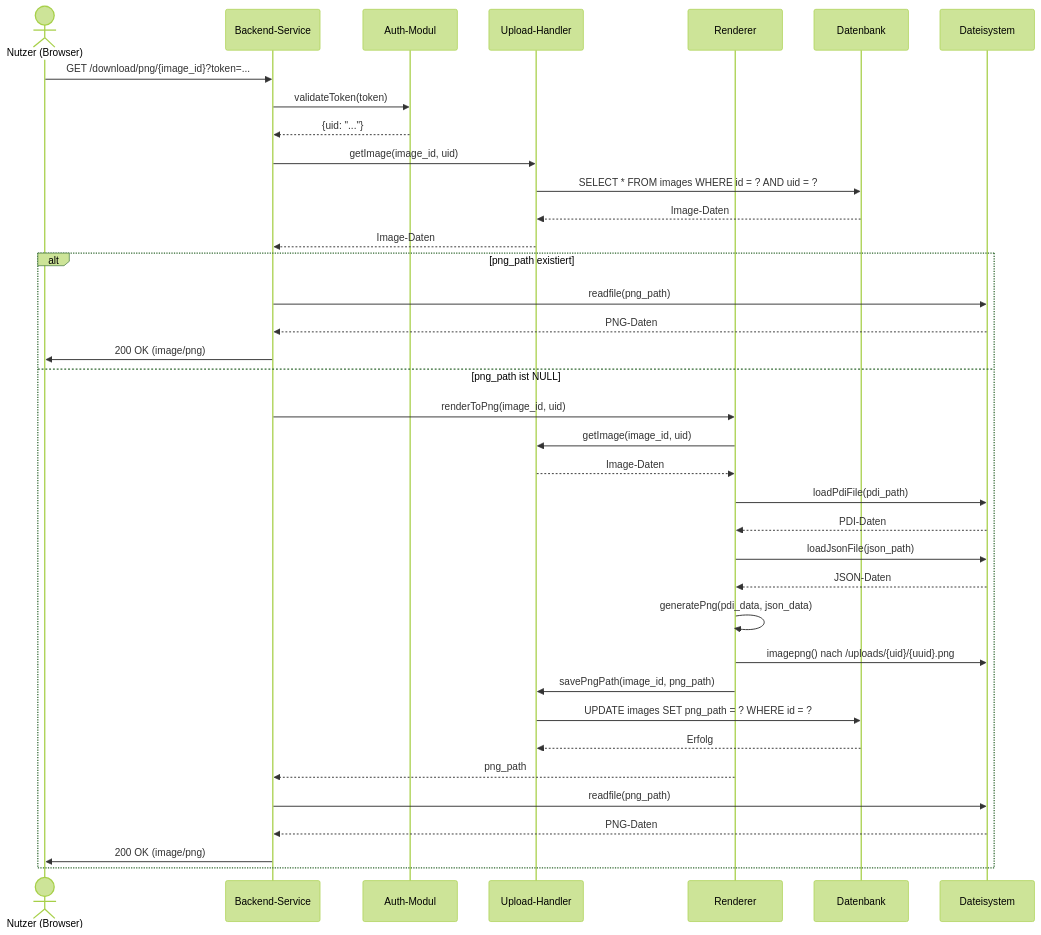
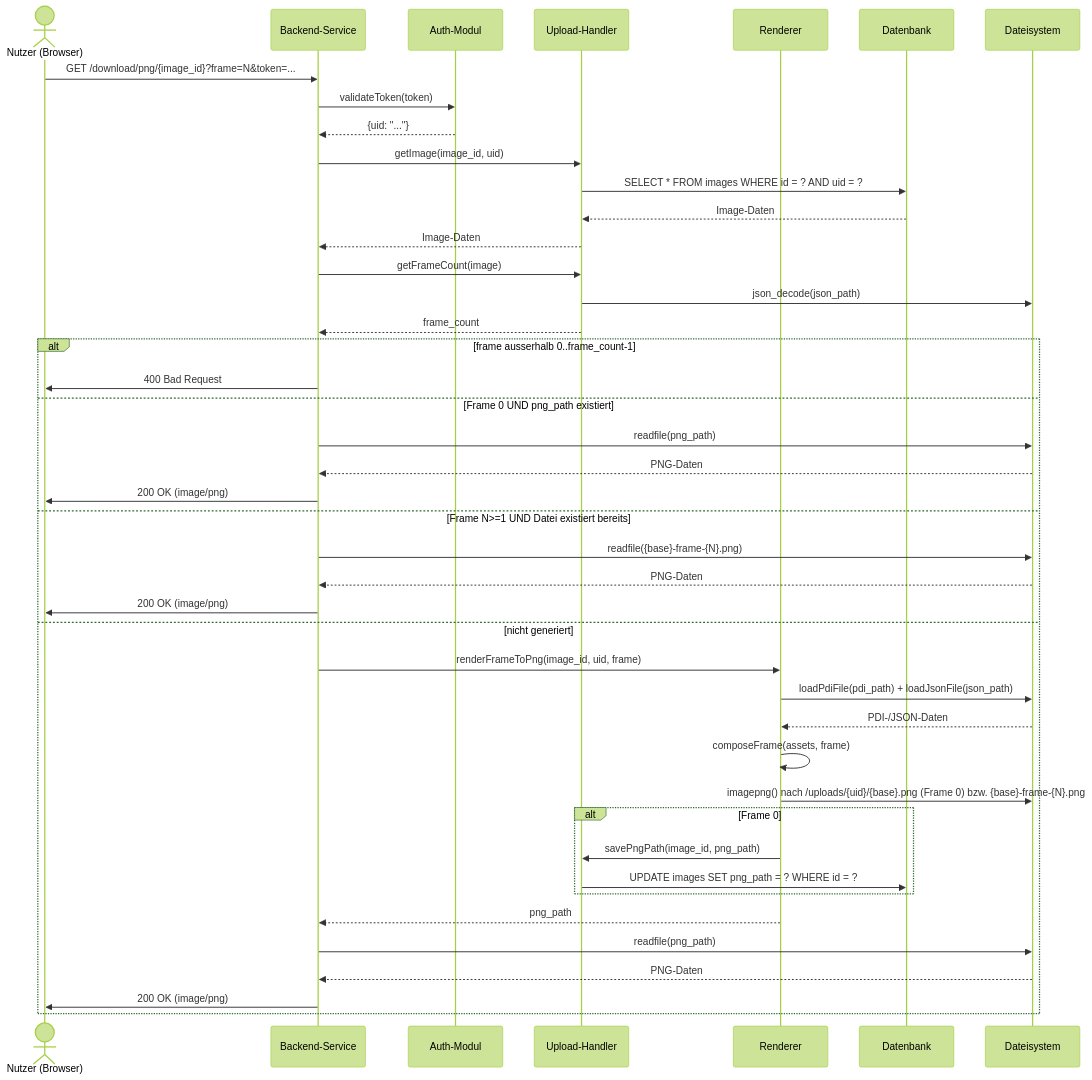
The seventh of 9 diagrams in arc42/06-laufzeitsicht.md (merlinbecker/HansDither), drawn with Mermaid (forest theme) before and after one commit. The commit also changed other lines of this file and 27 other files, not shown here.

````diff
--- a/arc42/06-laufzeitsicht.md
+++ b/arc42/06-laufzeitsicht.md
@@ -268,40 +268,46 @@
 ```mermaid
 sequenceDiagram
     actor U as Nutzer (Browser)
     participant B as Backend-Service
     participant A as Auth-Modul
     participant UH as Upload-Handler
     participant R as Renderer
     participant D as Datenbank
     participant F as Dateisystem
 
-    U->>B: GET /download/png/{image_id}?token=...
+    U->>B: GET /download/png/{image_id}?frame=N&token=...
     B->>A: validateToken(token)
     A-->>B: {uid: "..."}
     B->>UH: getImage(image_id, uid)
     UH->>D: SELECT * FROM images WHERE id = ? AND uid = ?
     D-->>UH: Image-Daten
     UH-->>B: Image-Daten
-    alt png_path existiert
+    B->>UH: getFrameCount(image)
+    UH->>F: json_decode(json_path)
+    UH-->>B: frame_count
+    alt frame ausserhalb 0..frame_count-1
+        B->>U: 400 Bad Request
+    else Frame 0 UND png_path existiert
         B->>F: readfile(png_path)
         F-->>B: PNG-Daten
         B->>U: 200 OK (image/png)
-    else png_path ist NULL
-        B->>R: renderToPng(image_id, uid)
-        R->>UH: getImage(image_id, uid)
-        UH-->>R: Image-Daten
-        R->>F: loadPdiFile(pdi_path)
-        F-->>R: PDI-Daten
-        R->>F: loadJsonFile(json_path)
-        F-->>R: JSON-Daten
-        R->>R: generatePng(pdi_data, json_data)
-        R->>F: imagepng() nach /uploads/{uid}/{uuid}.png
-        R->>UH: savePngPath(image_id, png_path)
-        UH->>D: UPDATE images SET png_path = ? WHERE id = ?
-        D-->>UH: Erfolg
+    else Frame N>=1 UND Datei existiert bereits
+        B->>F: readfile({base}-frame-{N}.png)
+        F-->>B: PNG-Daten
+        B->>U: 200 OK (image/png)
+    else nicht generiert
+        B->>R: renderFrameToPng(image_id, uid, frame)
+        R->>F: loadPdiFile(pdi_path) + loadJsonFile(json_path)
+        F-->>R: PDI-/JSON-Daten
+        R->>R: composeFrame(assets, frame)
+        R->>F: imagepng() nach /uploads/{uid}/{base}.png (Frame 0) bzw. {base}-frame-{N}.png
+        alt Frame 0
+            R->>UH: savePngPath(image_id, png_path)
+            UH->>D: UPDATE images SET png_path = ? WHERE id = ?
+        end
         R-->>B: png_path
         B->>F: readfile(png_path)
         F-->>B: PNG-Daten
         B->>U: 200 OK (image/png)
     end
 ```
````
